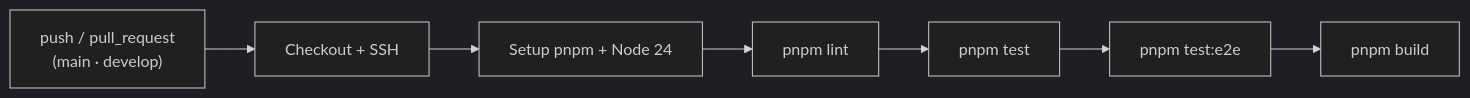
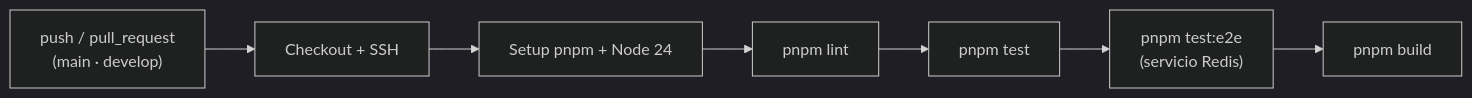
One commit to Maur025/tracking-report-nest changed the diagram in docs/08-testing-y-calidad.md. Above: the diagram before and after it, drawn with Mermaid (dark theme). The commit also changed other lines of this file and 10 other files, not shown here.

````diff
--- a/docs/08-testing-y-calidad.md
+++ b/docs/08-testing-y-calidad.md
@@ -185,9 +200,9 @@
 ```mermaid
 flowchart LR
     A["push / pull_request<br/>(main · develop)"] --> B["Checkout + SSH"]
     B --> C["Setup pnpm + Node 24"]
     C --> D["pnpm lint"]
     D --> E["pnpm test"]
-    E --> G["pnpm test:e2e"]
+    E --> G["pnpm test:e2e<br/>(servicio Redis)"]
     G --> F["pnpm build"]
 ```
````
